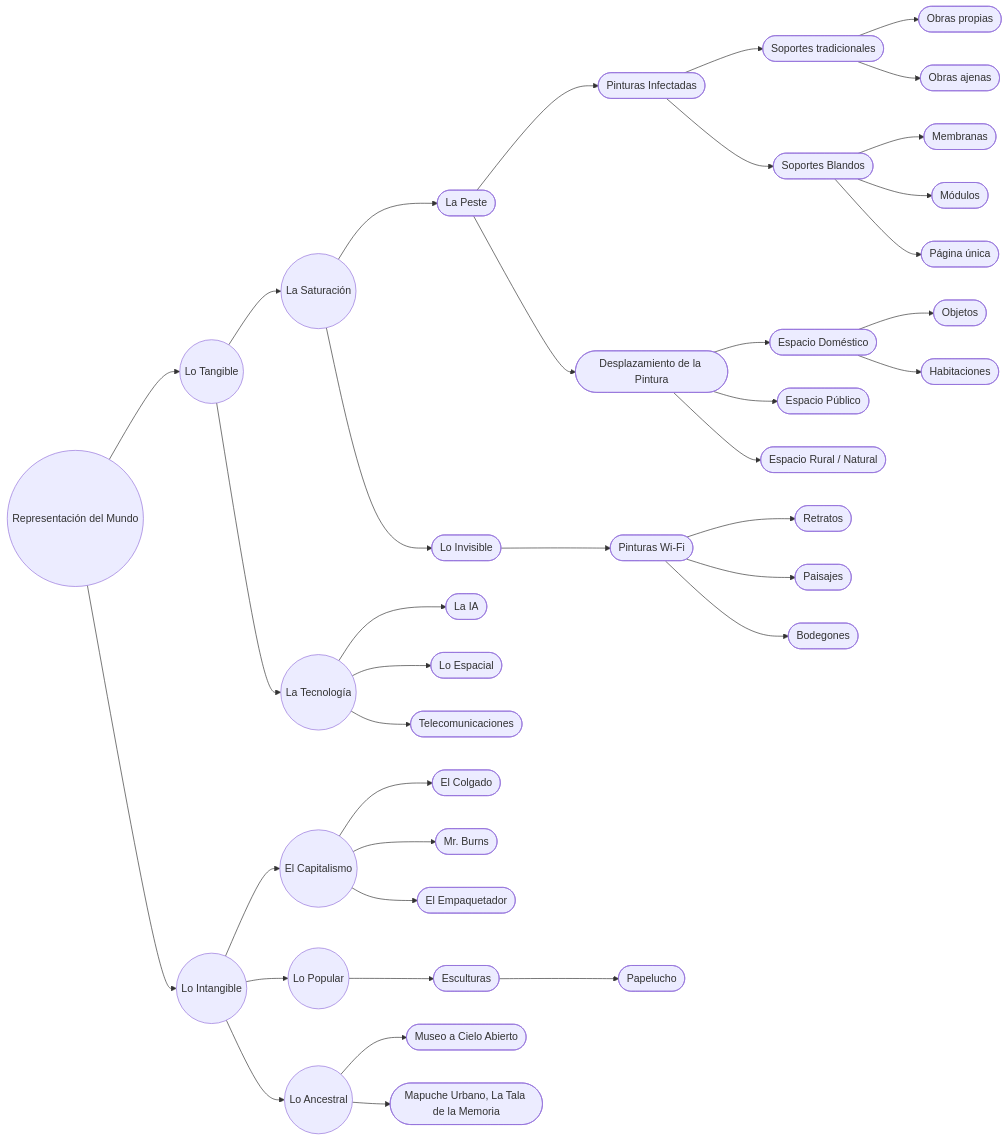
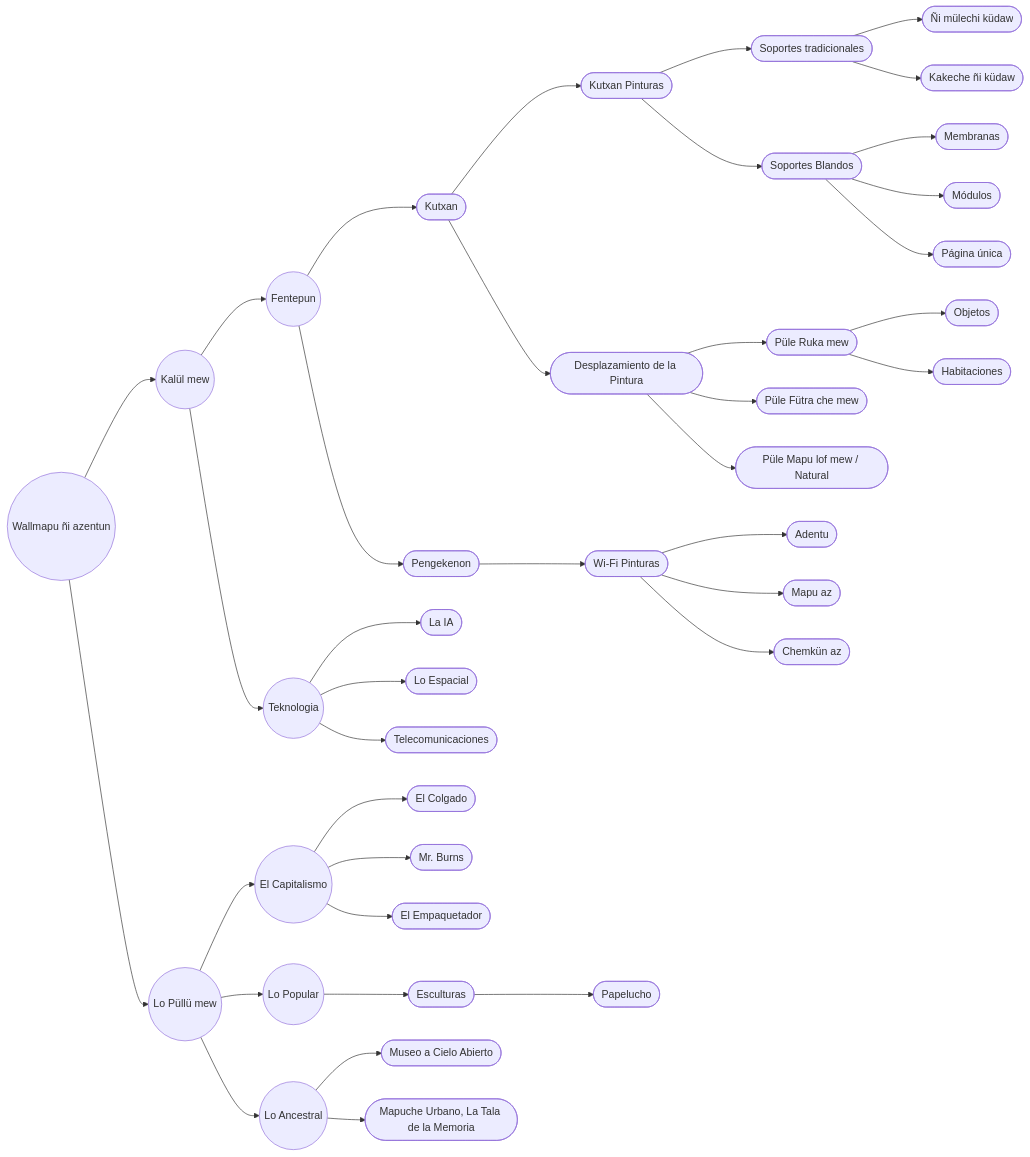
One commit to EGGS-Artesvisuales/EGGS-Artesvisuales.github.io changed the first of 3 diagrams in MPD/diagrama.md. Above: the diagram before and after it, drawn with Mermaid. The commit also changed other lines of this file and 43 other files, not shown here.

```diff
--- a/MPD/diagrama.md
+++ b/MPD/diagrama.md
@@ -26,17 +26,17 @@
 <div class="mermaid">
 graph LR
-  A((Representación del Mundo)) --> A1((Lo Tangible))
-  A --> A2((Lo Intangible))
+  A((Wallmapu ñi azentun)) --> A1((Kalül mew))
+  A --> A2((Lo Püllü mew))
 
-  A1 --> A1a((La Saturación))
-  A1a --> A1a1([La Peste])
-  A1a1 --> A1a1a([Pinturas Infectadas])
+  A1 --> A1a((Fentepun))
+  A1a --> A1a1([Kutxan])
+  A1a1 --> A1a1a([Kutxan Pinturas])
   A1a1a --> A1a1a1([Soportes tradicionales])
   A1a1a --> A1a1a2([Soportes Blandos])
 
   %% HIJOS: Soportes tradicionales
-  A1a1a1 --> ST_OP([Obras propias])
-  A1a1a1 --> ST_OA([Obras ajenas])
+  A1a1a1 --> ST_OP([Ñi mülechi küdaw])
+  A1a1a1 --> ST_OA([Kakeche ñi küdaw])
 
   %% HIJOS: Soportes blandos
   A1a1a2 --> SB_MEM([Membranas])
@@ -44,23 +44,23 @@
   A1a1a2 --> SB_PU([Página única])
 
   A1a1 --> A1a1b([Desplazamiento de la Pintura])
-  A1a1b --> A1a1b1([Espacio Doméstico])
-  A1a1b --> A1a1b2([Espacio Público])
-  A1a1b --> A1a1b3([Espacio Rural / Natural])
+  A1a1b --> A1a1b1([Püle Ruka mew])
+  A1a1b --> A1a1b2([Püle Fütra che mew])
+  A1a1b --> A1a1b3([Püle Mapu lof mew / Natural])
 
-  %% HIJOS: Espacio doméstico
+  %% HIJOS: Püle ruka mew
   A1a1b1 --> ED_OBJ([Objetos])
   A1a1b1 --> ED_HAB([Habitaciones])
 
-  A1a --> A1a2([Lo Invisible])
-  A1a2 --> A1a2a([Pinturas Wi-Fi])
+  A1a --> A1a2([Pengekenon])
+  A1a2 --> A1a2a([Wi-Fi Pinturas])
 
-  %% HIJOS: Pinturas Wi-Fi
-  A1a2a --> PW_RET([Retratos])
-  A1a2a --> PW_PAI([Paisajes])
-  A1a2a --> PW_BOD([Bodegones])
+  %% HIJOS: Wi-Fi Pinturas
+  A1a2a --> PW_RET([Adentu])
+  A1a2a --> PW_PAI([Mapu az])
+  A1a2a --> PW_BOD([Chemkün az])
 
-  A1 --> A1b((La Tecnología))
+  A1 --> A1b((Teknologia))
   A1b --> A1b1([La IA])
   A1b --> A1b2([Lo Espacial])
   A1b --> A1b3([Telecomunicaciones])
@@ -79,54 +79,54 @@
   A2c --> A2c2([Mapuche Urbano, La Tala de la Memoria])
 
   %% Enlaces (existentes)
-  click A "mundo-exterior.html" "Ir a Representación del Mundo"
-  click A1 "tangible.html" "Ir a Lo Tangible"
-  click A2 "intangible.html" "Ir a Lo Intangible"
-  click A1a "saturacion.html" "Ir a La Saturación"
-  click A1a1 "la-peste.html" "Ir a La Peste"
-  click A1a1a "/MPD/peste-pinturas-infectadas.html" "Ir a Pinturas infectadas"
+  click A "wallmapu-exterior.html" "Ir a Wallmapu ñi azentun"
+  click A1 "tangible.html" "Ir a Kalül mew"
+  click A2 "intangible.html" "Ir a Lo Püllü mew"
+  click A1a "saturacion.html" "Ir a Fentepun"
+  click A1a1 "la-peste.html" "Ir a Kutxan"
+  click A1a1a "/MPD/peste-pinturas-infectadas.html" "Ir a kutxan pinturas"
   click A1a1b "desplazamiento-pintura.html" "Ir a Desplazamiento de la Pintura"
-  click A1a1b1 "/MPD/espacio-domestico.html" "Ir a Espacio Doméstico"
-  click A1a1b2 "/MPD/espacio-publico.html" "Ir a Espacio Público"
-  click A1a1b3 "/MPD/espacio-rural.html" "Ir a Espacio Rural / Natural"
-  click A1a2 "lo-invisible.html" "Ir a Lo Invisible"
+  click A1a1b1 "/MPD/espacio-domestico.html" "Ir a Püle Ruka mew"
+  click A1a1b2 "/MPD/espacio-publico.html" "Ir a Püle Fütra che mew"
+  click A1a1b3 "/MPD/espacio-rural.html" "Ir a Püle Mapu lof mew / Natural"
+  click A1a2 "lo-invisible.html" "Ir a Pengekenon"
   click A2c1 "musoe-a-cielo-abierto.html" "Ir a Museo a Cielo Abierto"
 
   %% Enlaces a secciones internas (anchors) ya existentes
 
-  %% Pinturas Infectadas: Soportes tradicionales + hijos
+  %% Kutxan Pinturas: Soportes tradicionales + hijos
   click A1a1a1 "/MPD/peste-pinturas-infectadas.html#soportes-tradicionales" "Ir a Soportes tradicionales"
-  click ST_OP "/MPD/peste-pinturas-infectadas.html#producciones" "Ir a Obras propias"
-  click ST_OA "/MPD/peste-pinturas-infectadas.html#intervenciones" "Ir a Obras ajenas"
+  click ST_OP "/MPD/peste-pinturas-infectadas.html#producciones" "Ir a Ñi mülechi küdaw"
+  click ST_OA "/MPD/peste-pinturas-infectadas.html#intervenciones" "Ir a Kakeche ñi küdaw"
 
-  %% Pinturas Infectadas: Soportes blandos + hijos
+  %% Kutxan Pinturas: Soportes blandos + hijos
   click A1a1a2 "/MPD/peste-pinturas-infectadas.html#soportes-blandos" "Ir a Soportes blandos"
   click SB_MEM "/MPD/peste-pinturas-infectadas.html#membranas" "Ir a Membranas"
   click SB_MOD "/MPD/peste-pinturas-infectadas.html#modulos" "Ir a Módulos"
   click SB_PU "/MPD/peste-pinturas-infectadas.html#unidades" "Ir a Página única"
 
-  %% Espacio doméstico: Objetos / Habitaciones
+  %% Püle ruka mew: Objetos / Habitaciones
   click ED_OBJ "/MPD/espacio-domestico.html#objetos" "Ir a Objetos"
   click ED_HAB "/MPD/espacio-domestico.html#habitaciones" "Ir a Habitaciones"
 
-  %% Pinturas Wi-Fi: página + secciones
-  click A1a2a "/MPD/pinturas-wifi.html" "Ir a Pinturas Wi-Fi"
-  click PW_RET "/MPD/pinturas-wifi.html#retratos" "Ir a Retratos"
-  click PW_PAI "/MPD/pinturas-wifi.html#paisajes" "Ir a Paisajes"
-  click PW_BOD "/MPD/pinturas-wifi.html#bodegones" "Ir a Bodegones"
+  %% Wi-Fi Pinturas: página + secciones
+  click A1a2a "/MPD/pinturas-wifi.html" "Ir a Wi-Fi Pinturas"
+  click PW_RET "/MPD/pinturas-wifi.html#retratos" "Ir a Adentu"
+  click PW_PAI "/MPD/pinturas-wifi.html#paisajes" "Ir a Mapu az"
+  click PW_BOD "/MPD/pinturas-wifi.html#bodegones" "Ir a Chemkün az"
 
   %% Enlaces (no existentes aún -> en construcción)
-  click A1b "en-construccion.html" "En construcción"
-  click A1b1 "en-construccion.html" "En construcción"
-  click A1b2 "en-construccion.html" "En construcción"
-  click A1b3 "en-construccion.html" "En construcción"
-  click A2a "en-construccion.html" "En construcción"
-  click A2a1 "en-construccion.html" "En construcción"
-  click A2a2 "en-construccion.html" "En construcción"
-  click A2a3 "en-construccion.html" "En construcción"
-  click A2b "en-construccion.html" "En construcción"
-  click A2b1 "en-construccion.html" "En construcción"
-  click A2b1a "en-construccion.html" "En construcción"
-  click A2c "en-construccion.html" "En construcción"
-  click A2c2 "en-construccion.html" "En construcción"
+  click A1b "en-construccion.html" "Dewmangen mew"
+  click A1b1 "en-construccion.html" "Dewmangen mew"
+  click A1b2 "en-construccion.html" "Dewmangen mew"
+  click A1b3 "en-construccion.html" "Dewmangen mew"
+  click A2a "en-construccion.html" "Dewmangen mew"
+  click A2a1 "en-construccion.html" "Dewmangen mew"
+  click A2a2 "en-construccion.html" "Dewmangen mew"
+  click A2a3 "en-construccion.html" "Dewmangen mew"
+  click A2b "en-construccion.html" "Dewmangen mew"
+  click A2b1 "en-construccion.html" "Dewmangen mew"
+  click A2b1a "en-construccion.html" "Dewmangen mew"
+  click A2c "en-construccion.html" "Dewmangen mew"
+  click A2c2 "en-construccion.html" "Dewmangen mew"
 </div>
```
